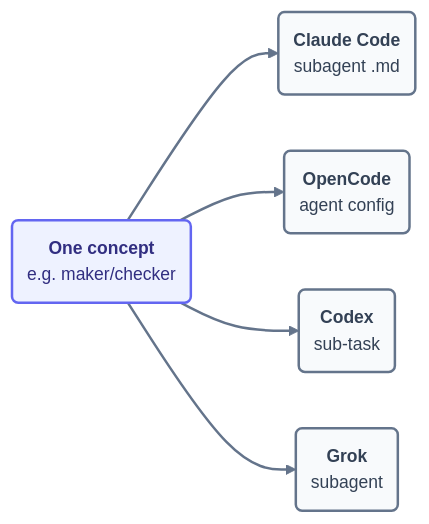
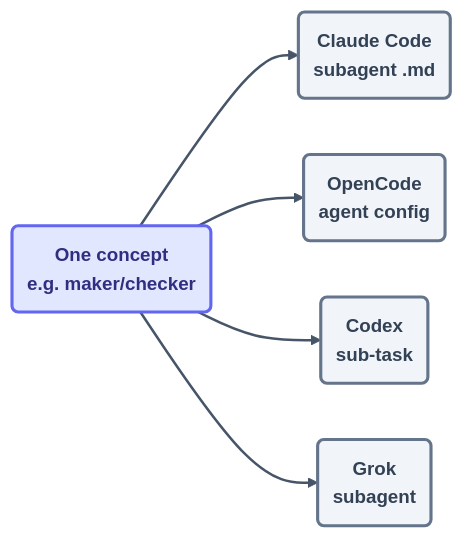
One commit to ayeshakhalid192007-dev/LoopEngineering-CrashCourse changed the diagram in docs/02-foundations/primitives-matrix.md. Above: the diagram before and after it, drawn with Mermaid. The commit also changed 66 other files, not shown here.

First line of the commit message:
docs(diagrams): visibly bolder pass — deeper fills, heavier strokes, semibold labels

````diff
--- a/docs/02-foundations/primitives-matrix.md
+++ b/docs/02-foundations/primitives-matrix.md
@@ -31,11 +31,11 @@
 ```mermaid
-%%{init: {'theme':'base','themeVariables':{'fontFamily':'ui-sans-serif, system-ui, sans-serif','fontSize':'14px','lineColor':'#64748b','edgeLabelBackground':'#f8fafc'},'flowchart':{'curve':'basis','nodeSpacing':45,'rankSpacing':70,'padding':12}}}%%
+%%{init: {'theme':'base','themeVariables':{'fontFamily':'ui-sans-serif, system-ui, sans-serif','fontSize':'15px','lineColor':'#475569','edgeLabelBackground':'#f8fafc'},'flowchart':{'curve':'basis','nodeSpacing':45,'rankSpacing':70,'padding':12}}}%%
 flowchart LR
     CONCEPT("<b>One concept</b><br/>e.g. maker/checker"):::concept --> CC("<b>Claude Code</b><br/>subagent .md"):::tool
     CONCEPT --> OC("<b>OpenCode</b><br/>agent config"):::tool
     CONCEPT --> CX("<b>Codex</b><br/>sub-task"):::tool
     CONCEPT --> GK("<b>Grok</b><br/>subagent"):::tool
-    linkStyle default stroke:#64748b,stroke-width:2px;
-    classDef concept fill:#eef2ff,stroke:#6366f1,stroke-width:2px,color:#312e81;
-    classDef tool fill:#f8fafc,stroke:#64748b,stroke-width:2px,color:#334155;
+    linkStyle default stroke:#475569,stroke-width:2px;
+    classDef concept fill:#e0e7ff,stroke:#6366f1,stroke-width:2.5px,color:#312e81,font-weight:600;
+    classDef tool fill:#f1f5f9,stroke:#64748b,stroke-width:2.5px,color:#334155,font-weight:600;
 ```
````
